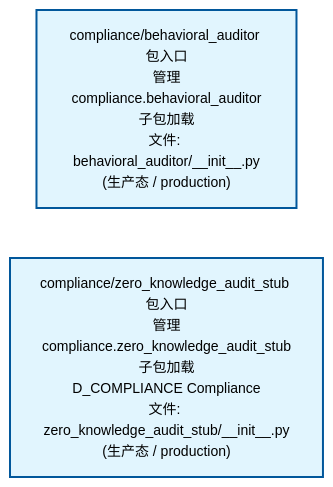
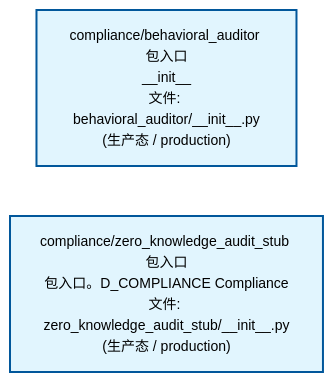
One commit to xuanFelixVan/ZephyrAlpha changed the second of 4 diagrams in docs/02_enterprise_architecture/02_domain_architecture_docs/38_d_compliance.md. Above: the diagram before and after it, drawn with Mermaid. The commit also changed other lines of this file and 56 other files, not shown here.

````diff
--- a/docs/02_enterprise_architecture/02_domain_architecture_docs/38_d_compliance.md
+++ b/docs/02_enterprise_architecture/02_domain_architecture_docs/38_d_compliance.md
@@ -92,12 +92,12 @@
 ```mermaid
 %%{init: {'theme': 'base', 'themeVariables': {'primaryColor': '#eaeaea', 'primaryTextColor': '#333333', 'primaryBorderColor': '#666666', 'lineColor': '#666666', 'secondaryColor': '#eaeaea', 'tertiaryColor': '#eaeaea', 'fontSize': '14px'}}}%%
 flowchart TD
-    src_zephyr_compliance_behavioral_auditor_init_py["compliance/behavioral_auditor 包入口<br/>管理compliance.behavioral_auditor子包加载<br/>文件: behavioral_auditor/__init__.py<br/>(生产态 / production)"]
-    src_zephyr_compliance_zero_knowledge_audit_stub_init_py["compliance/zero_knowledge_audit_stub 包入口<br/>管理compliance.zero_knowledge_audit_stub子包加载<br/>D_COMPLIANCE Compliance<br/>文件: zero_knowledge_audit_stub/__init__.py<br/>(生产态 / production)"]
+    src_zephyr_compliance_behavioral_auditor_init_py["compliance/behavioral_auditor 包入口<br/>__init__<br/>文件: behavioral_auditor/__init__.py<br/>(生产态 / production)"]
+    src_zephyr_compliance_zero_knowledge_audit_stub_init_py["compliance/zero_knowledge_audit_stub 包入口<br/>包入口。D_COMPLIANCE Compliance<br/>文件: zero_knowledge_audit_stub/__init__.py<br/>(生产态 / production)"]
     src_zephyr_compliance_behavioral_auditor_init_py ~~~ src_zephyr_compliance_zero_knowledge_audit_stub_init_py
     classDef production fill:#e1f5fe,stroke:#01579b,stroke-width:2px,color:#000
     classDef design fill:#fff3e0,stroke:#e65100,stroke-width:2px,color:#000,stroke-dasharray: 5 5
     classDef external_prod fill:#e8f4fd,stroke:#0277bd,stroke-width:1px,color:#000
     classDef external_design fill:#fff8e7,stroke:#ef6c00,stroke-width:1px,color:#000,stroke-dasharray: 5 5
     class src_zephyr_compliance_behavioral_auditor_init_py,src_zephyr_compliance_zero_knowledge_audit_stub_init_py production
 ```
````
